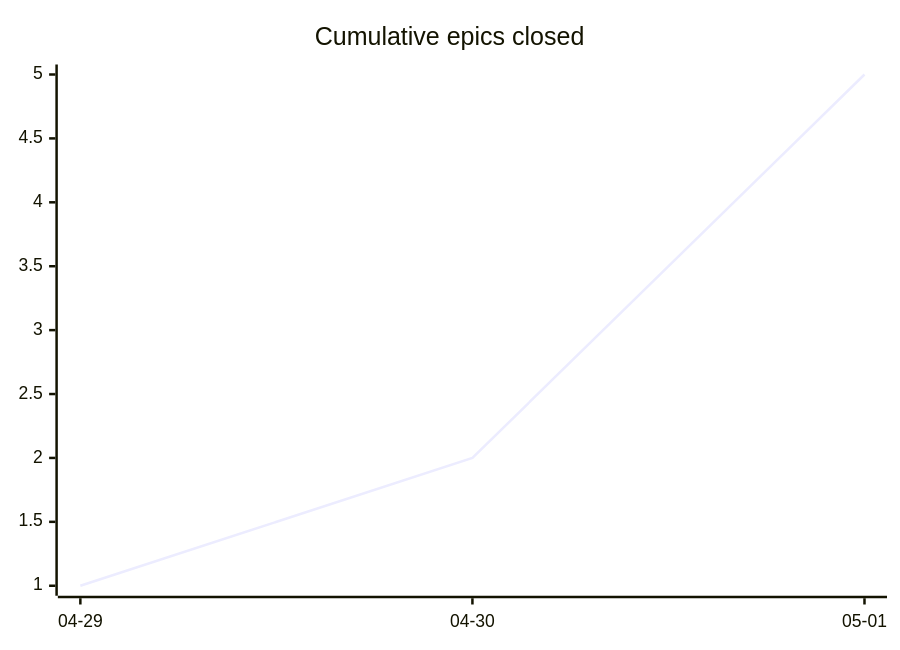
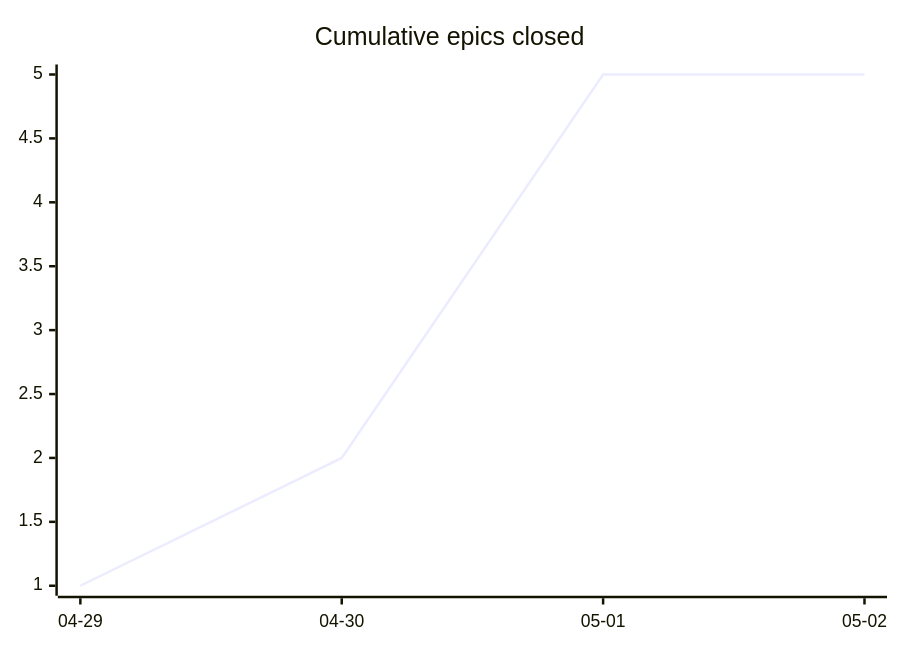
Before and after one commit to tgd1975/AwesomeStudioPedal: the second of 3 diagrams in docs/developers/tasks/OVERVIEW.md, drawn with Mermaid. The commit also changed other lines of this file and 2 other files, not shown here.

````diff
--- a/docs/developers/tasks/OVERVIEW.md
+++ b/docs/developers/tasks/OVERVIEW.md
@@ -31,6 +31,6 @@
 ```mermaid
 xychart-beta
     title "Cumulative epics closed"
-    x-axis ["04-29", "04-30", "05-01"]
-    line [1, 2, 5]
+    x-axis ["04-29", "04-30", "05-01", "05-02"]
+    line [1, 2, 5, 5]
 ```
````
